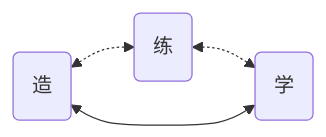
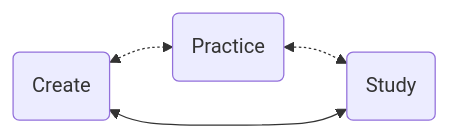
The fourth of 4 diagrams in en/08.md (Dreamwalkor/little-book-of-ai), drawn with Mermaid before and after one commit. The commit also changed other lines of this file and 27 other files, not shown here.

````diff
--- a/en/08.md
+++ b/en/08.md
@@ -480,5 +429,5 @@
 ```mermaid
 flowchart LR
-create(造)<-.->practice(练)<-.->learn(学)
+create(Create)<-.->practice(Practice)<-.->learn(Study)
 learn<-->create
 ```
````
